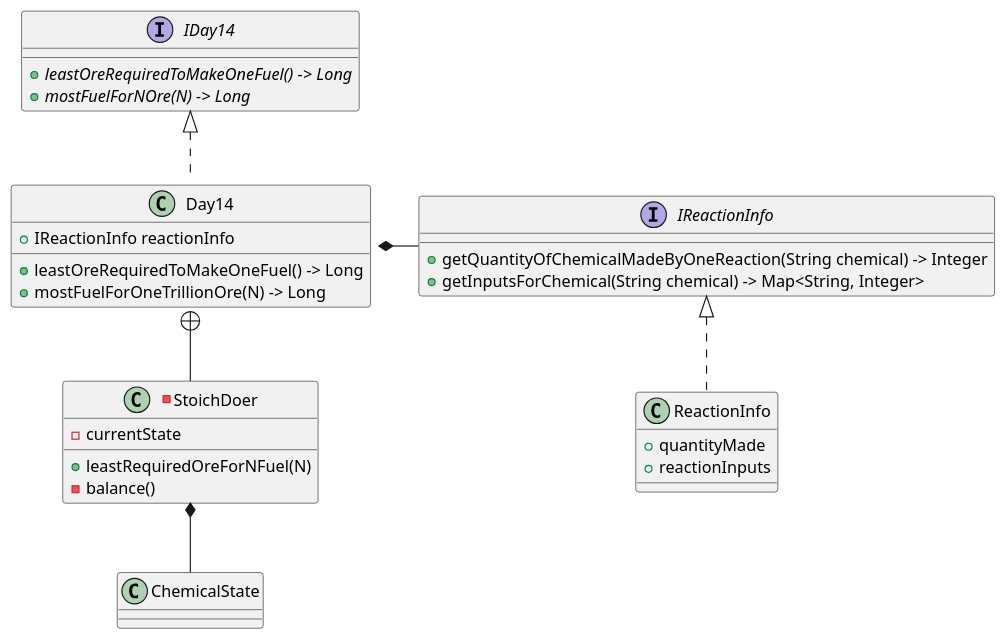
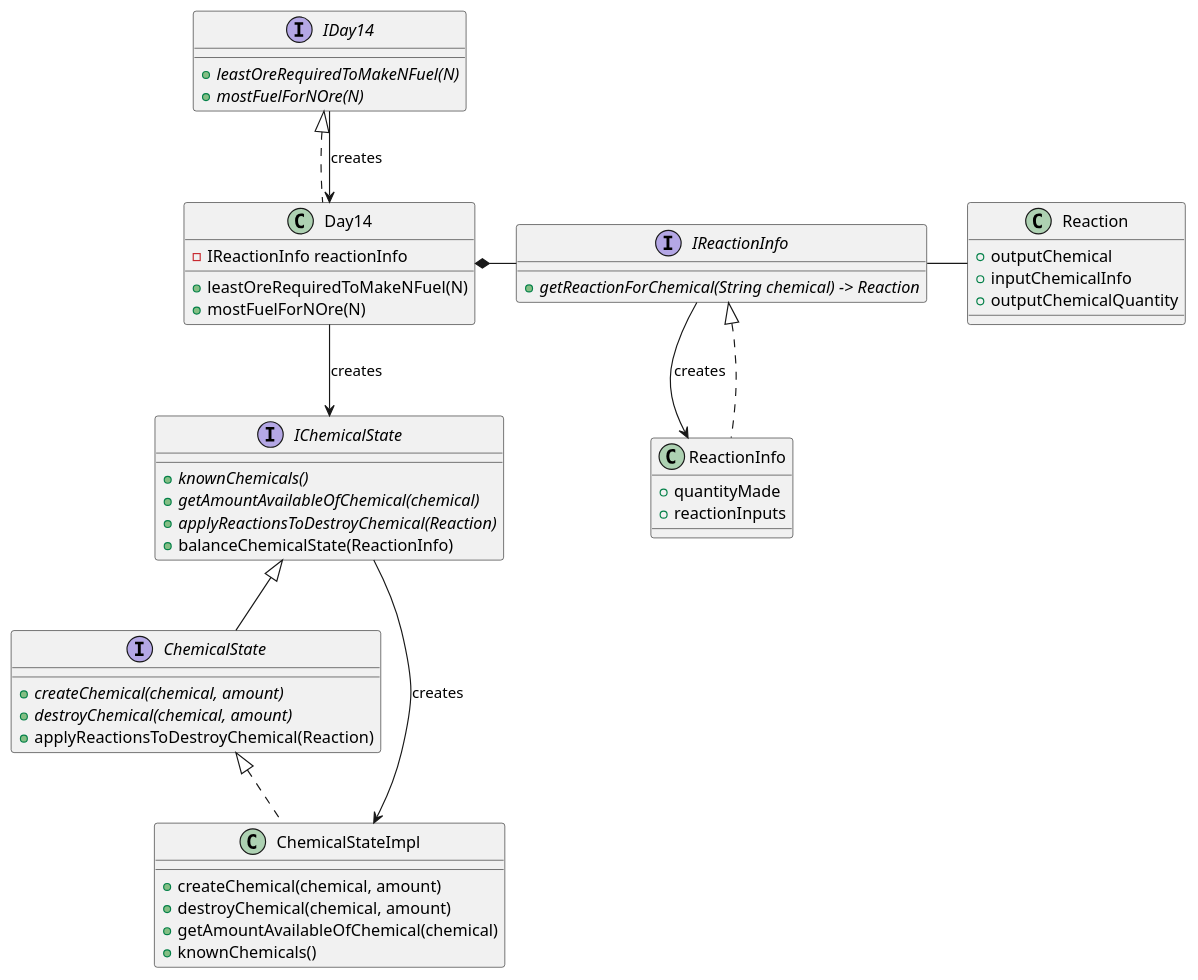
Before and after one commit to jdbr827/AdventOfCode_2019_Java: the diagram in src/year_2019/day14/day_14_uml.puml, drawn with PlantUML. The commit also changed 8 other files, not shown here.

```diff
--- a/src/year_2019/day14/day_14_uml.puml
+++ b/src/year_2019/day14/day_14_uml.puml
@@ -1,49 +1,76 @@
 @startuml
 'https://plantuml.com/class-diagram
 
 
 
 class ReactionInfo {
 + quantityMade
 + reactionInputs
 }
 
--class StoichDoer {
-+leastRequiredOreForNFuel(N)
-- currentState
-- balance()
+
+interface IReactionInfo {
++{abstract}getReactionForChemical(String chemical) -> Reaction
 }
 
-interface IReactionInfo {
-+getQuantityOfChemicalMadeByOneReaction(String chemical) -> Integer
-+getInputsForChemical(String chemical) -> Map<String, Integer>
+IReactionInfo - Reaction
+
+class Reaction {
++outputChemical
++inputChemicalInfo
++outputChemicalQuantity
 }
 
 interface IDay14 {
-+{abstract}leastOreRequiredToMakeOneFuel() -> Long
-+{abstract}mostFuelForNOre(N) -> Long
++{abstract}leastOreRequiredToMakeNFuel(N)
++{abstract}mostFuelForNOre(N)
 
 }
 
 class Day14 {
-+IReactionInfo reactionInfo
-+leastOreRequiredToMakeOneFuel() -> Long
-+mostFuelForOneTrillionOre(N) -> Long
+-IReactionInfo reactionInfo
++leastOreRequiredToMakeNFuel(N)
++mostFuelForNOre(N)
 
 }
 
 
 
 IDay14 <|.. Day14
 
 Day14 *- IReactionInfo
 IReactionInfo <|.. ReactionInfo
 
+Day14 --> IChemicalState : "creates"
 
+interface IChemicalState {
++ {abstract} knownChemicals()
++ {abstract} getAmountAvailableOfChemical(chemical)
++ {abstract} applyReactionsToDestroyChemical(Reaction)
++balanceChemicalState(ReactionInfo)
+}
 
-Day14::leastRequiredOreForNFuel +--StoichDoer
+interface ChemicalState {
++ {abstract} createChemical(chemical, amount)
++ {abstract} destroyChemical(chemical, amount)
++ applyReactionsToDestroyChemical(Reaction)
+}
 
-StoichDoer *-- ChemicalState
+IChemicalState <|-- ChemicalState
+
+ChemicalState <|.. ChemicalStateImpl
+
+class ChemicalStateImpl {
++ createChemical(chemical, amount)
++ destroyChemical(chemical, amount)
++ getAmountAvailableOfChemical(chemical)
++ knownChemicals()
+}
+
+IChemicalState --> ChemicalStateImpl: "creates"
+IDay14 --> Day14: "creates"
+IReactionInfo --> ReactionInfo: "creates"
+
 
 
 @enduml
```
